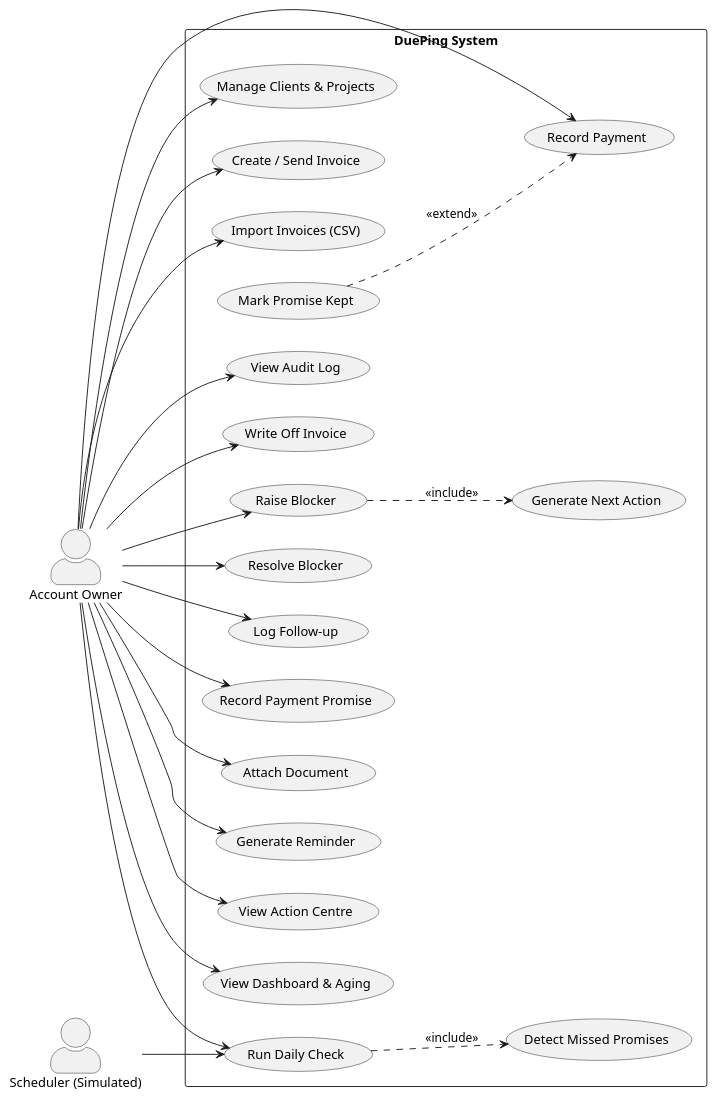
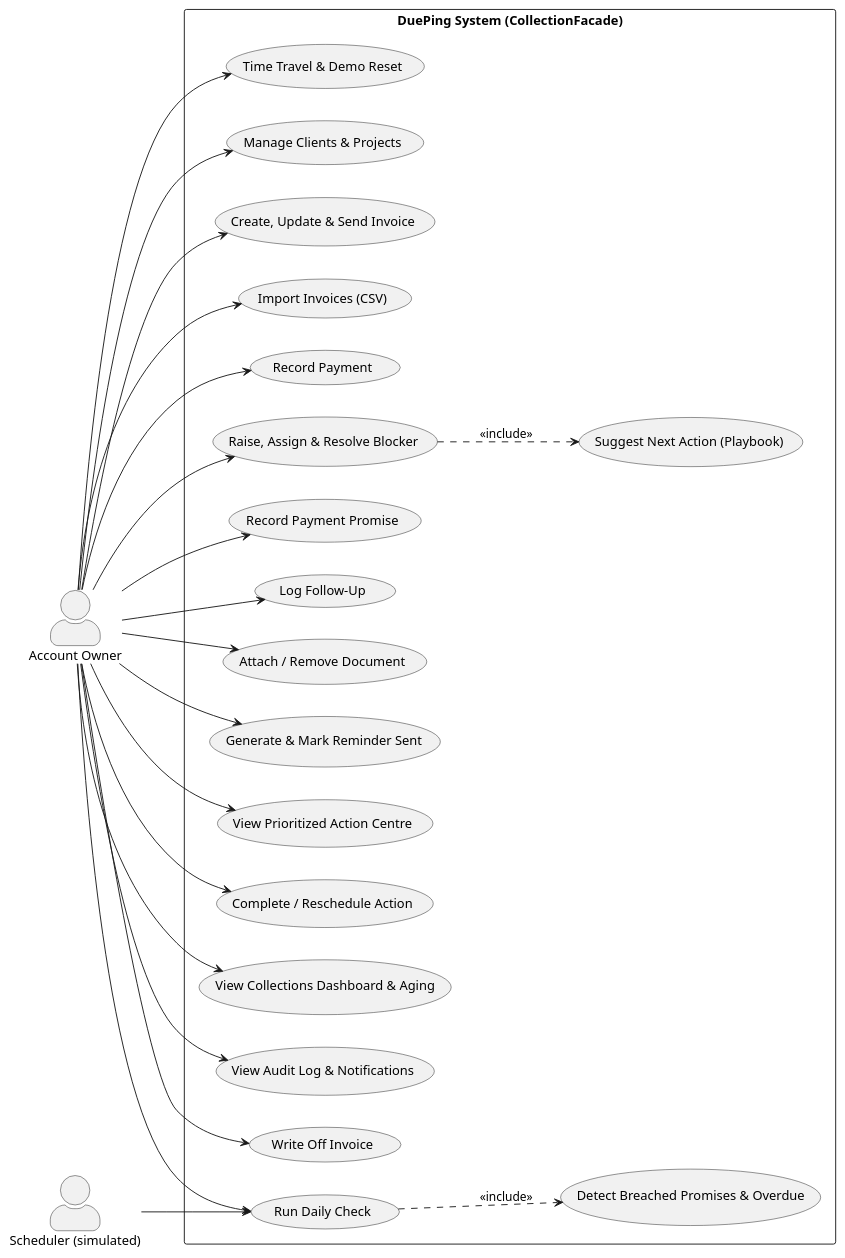
Before and after one commit to Anupam-hash926/DuePing: the diagram in docs/uml/01-use-case.puml, drawn with PlantUML. The commit also changed other lines of this file and 18 other files, not shown here.

Commit message:
phase 1: docs and uml match the code

```diff
--- a/docs/uml/01-use-case.puml
+++ b/docs/uml/01-use-case.puml
@@ -1,52 +1,52 @@
 @startuml 01-use-case
 left to right direction
 skinparam packageStyle rectangle
 skinparam actorStyle awesome
 
 actor "Account Owner" as Owner
-actor "Scheduler (Simulated)" as Scheduler
+actor "Scheduler (simulated)" as Scheduler
 
-rectangle "DuePing System" {
+rectangle "DuePing System (CollectionFacade)" {
     usecase "Manage Clients & Projects" as UC_Clients
-    usecase "Create / Send Invoice" as UC_CreateSend
+    usecase "Create, Update & Send Invoice" as UC_InvoiceLifecycle
     usecase "Import Invoices (CSV)" as UC_Import
     usecase "Record Payment" as UC_Payment
-    usecase "Mark Promise Kept" as UC_PromiseKept
-    usecase "Raise Blocker" as UC_RaiseBlocker
-    usecase "Generate Next Action" as UC_GenAction
-    usecase "Resolve Blocker" as UC_ResolveBlocker
-    usecase "Log Follow-up" as UC_FollowUp
+    usecase "Raise, Assign & Resolve Blocker" as UC_Blocker
+    usecase "Suggest Next Action (Playbook)" as UC_PlaybookAction
     usecase "Record Payment Promise" as UC_Promise
-    usecase "Attach Document" as UC_Document
-    usecase "Generate Reminder" as UC_Reminder
-    usecase "View Action Centre" as UC_ActionCenter
+    usecase "Log Follow-Up" as UC_FollowUp
+    usecase "Attach / Remove Document" as UC_Document
+    usecase "Generate & Mark Reminder Sent" as UC_Reminder
+    usecase "View Prioritized Action Centre" as UC_ActionCenter
+    usecase "Complete / Reschedule Action" as UC_ActionManage
     usecase "Run Daily Check" as UC_DailyCheck
-    usecase "Detect Missed Promises" as UC_DetectMissed
-    usecase "View Dashboard & Aging" as UC_Dashboard
-    usecase "View Audit Log" as UC_Audit
+    usecase "Detect Breached Promises & Overdue" as UC_DetectBreaches
+    usecase "View Collections Dashboard & Aging" as UC_Dashboard
+    usecase "View Audit Log & Notifications" as UC_AuditNotifications
     usecase "Write Off Invoice" as UC_WriteOff
+    usecase "Time Travel & Demo Reset" as UC_SystemDemo
 }
 
 Owner --> UC_Clients
-Owner --> UC_CreateSend
+Owner --> UC_InvoiceLifecycle
 Owner --> UC_Import
 Owner --> UC_Payment
-Owner --> UC_RaiseBlocker
-Owner --> UC_ResolveBlocker
+Owner --> UC_Blocker
+Owner --> UC_Promise
 Owner --> UC_FollowUp
-Owner --> UC_Promise
 Owner --> UC_Document
 Owner --> UC_Reminder
 Owner --> UC_ActionCenter
+Owner --> UC_ActionManage
 Owner --> UC_DailyCheck
 Owner --> UC_Dashboard
-Owner --> UC_Audit
+Owner --> UC_AuditNotifications
 Owner --> UC_WriteOff
+Owner --> UC_SystemDemo
 
 Scheduler --> UC_DailyCheck
 
-UC_RaiseBlocker ..> UC_GenAction : <<include>>
-UC_DailyCheck ..> UC_DetectMissed : <<include>>
-UC_PromiseKept ..> UC_Payment : <<extend>>
+UC_Blocker ..> UC_PlaybookAction : <<include>>
+UC_DailyCheck ..> UC_DetectBreaches : <<include>>
 
 @enduml
```
